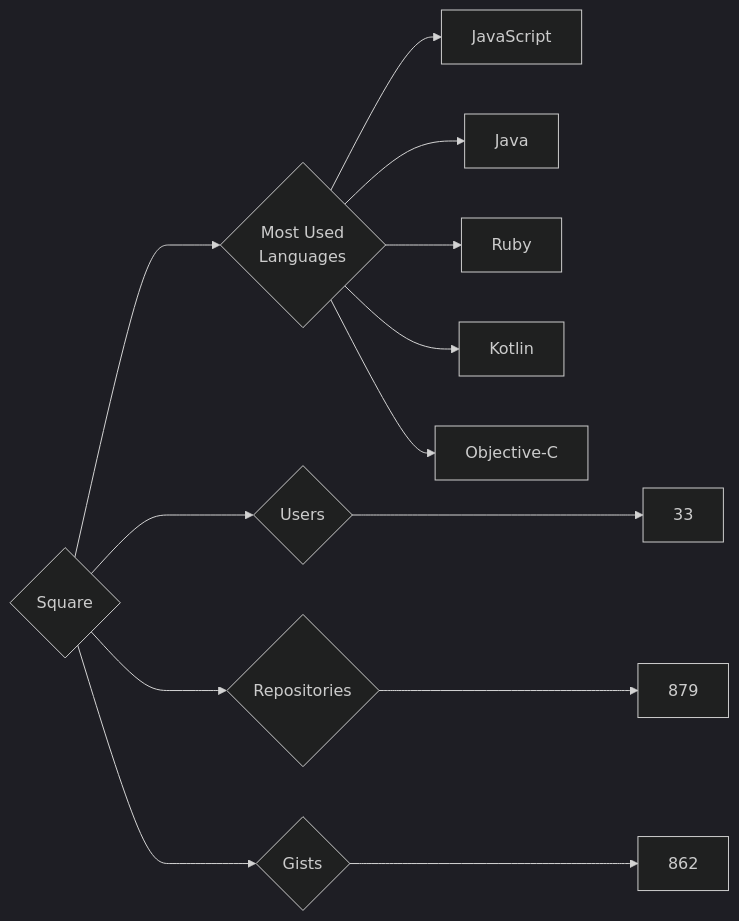
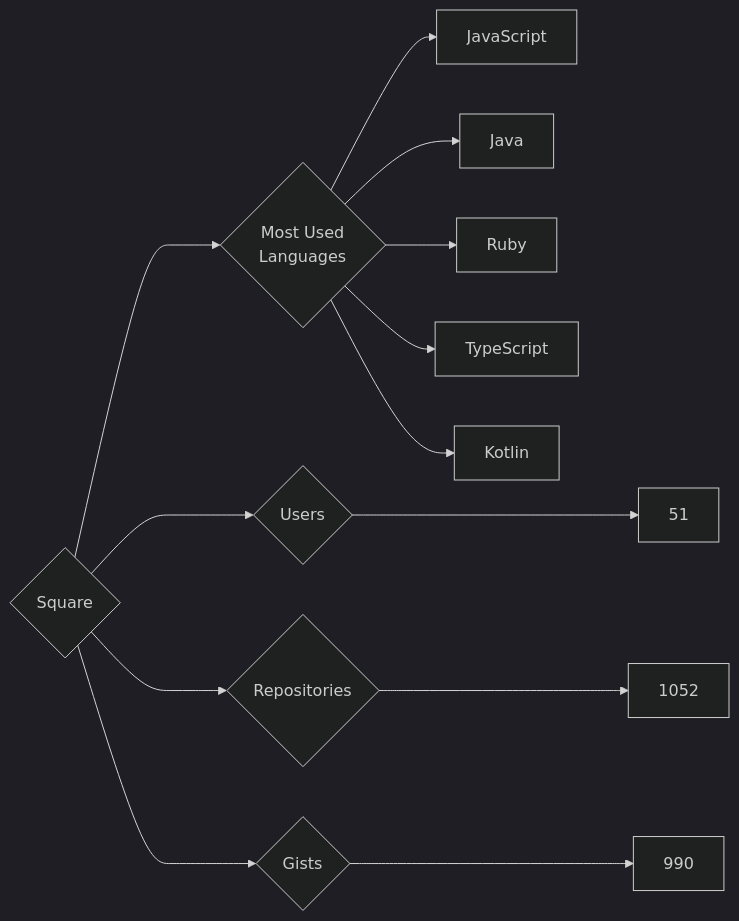
One commit to trickest/insiders changed the diagram in targets/Square/README.md. Above: the diagram before and after it, drawn with Mermaid (dark theme). The commit also changed 928 other files, not shown here.

````diff
--- a/targets/Square/README.md
+++ b/targets/Square/README.md
@@ -3,13 +3,13 @@
 ```mermaid
 graph LR
 COMPANY_NAME{Square}
-COMPANY_NAME ---> U{Users} ---> UN[33]
-COMPANY_NAME ---> R{Repositories} ---> RN[879]
-COMPANY_NAME ---> G{Gists} ---> GN[862]
+COMPANY_NAME ---> U{Users} ---> UN[51]
+COMPANY_NAME ---> R{Repositories} ---> RN[1052]
+COMPANY_NAME ---> G{Gists} ---> GN[990]
 COMPANY_NAME ---> ML{Most Used<br>Languages}
 ML --> JavaScript[JavaScript]
 ML --> Java[Java]
 ML --> Ruby[Ruby]
+ML --> TypeScript[TypeScript]
 ML --> Kotlin[Kotlin]
-ML --> Objective-C[Objective-C]
 ```
````
